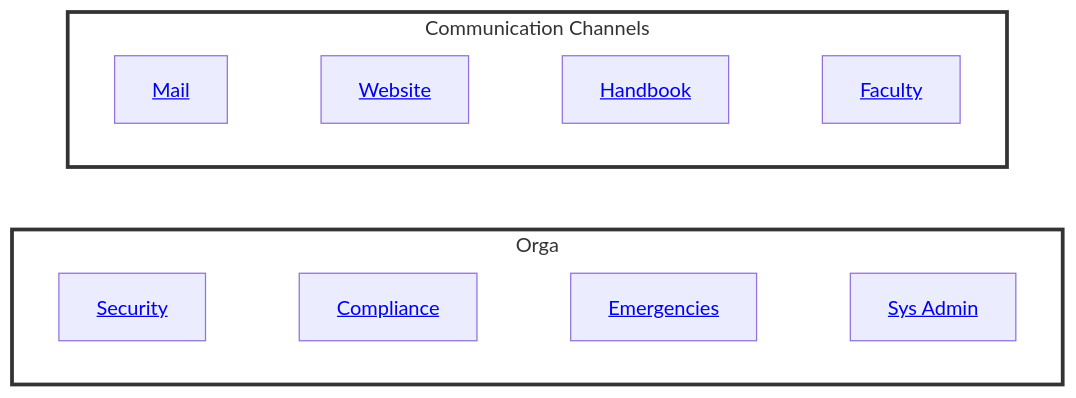
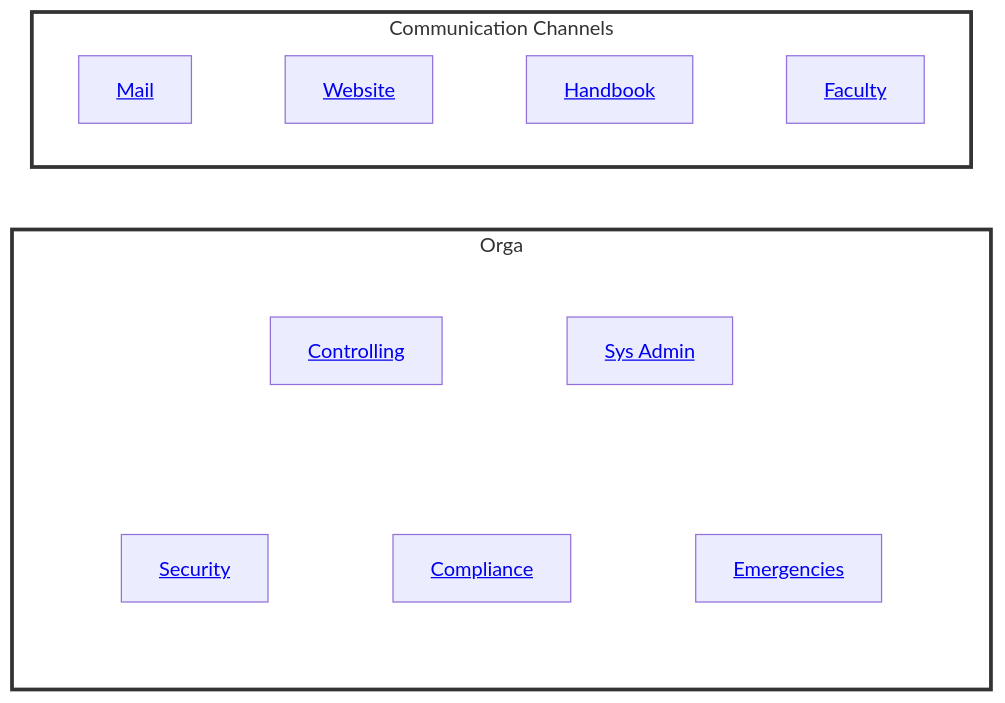
One commit to digital-work-lab/handbook changed the first of 5 diagrams in docs/10-lab/index.md. Above: the diagram before and after it, drawn with Mermaid. The commit also changed other lines of this file, not shown here.

````diff
--- a/docs/10-lab/index.md
+++ b/docs/10-lab/index.md
@@ -12,16 +12,25 @@
 ```mermaid
 flowchart  LR
 
     subgraph Orga
         direction LR
-        Security["<a href='10_processes/10.72.security.html'>Security</a>"] ~~~ Compliance["<a href='10_processes/10.71.compliance.html'>Compliance</a>"] ~~~ Emergencies["<a href='10_processes/10.73.emergencies.html'>Emergencies</a>"] ~~~ Administration["<a href='10_processes/10.90.administration.html'>Sys Admin</a>"]
+        subgraph a1[" "]
+            direction LR
+            Security["<a href='10_processes/10.72.security.html'>Security</a>"] ~~~ Compliance["<a href='10_processes/10.71.compliance.html'>Compliance</a>"] ~~~ Emergencies["<a href='10_processes/10.73.emergencies.html'>Emergencies</a>"]
+        end
+        subgraph a2["  "]
+            direction LR
+            Controlling["<a href='10_processes/10.70.controlling.html'>Controlling</a>"] ~~~ Administration["<a href='10_processes/10.90.administration.html'>Sys Admin</a>"]
+        end
     end
 
     subgraph Connecting["Communication Channels"]
         direction LR
         Mail["<a href='10_processes/10.51.mail.html'>Mail</a>"] ~~~ Website["<a href='10_processes/10.11.website.html'>Website</a>"] ~~~ Handbook["<a href='10_processes/10.10.handbook.html'>Handbook</a>"] ~~~ Faculty["<a href='10_processes/10.60.faculty.html'>Faculty</a>"]
     end
 
     style Orga fill:white,stroke:#333,stroke-width:3px
-    style Connecting fill:white,stroke:#333,stroke-width:3px    
+    style Connecting fill:white,stroke:#333,stroke-width:3px
+    style a1 fill:white,stroke:white
+    style a2 fill:white,stroke:white  
 ```
````
